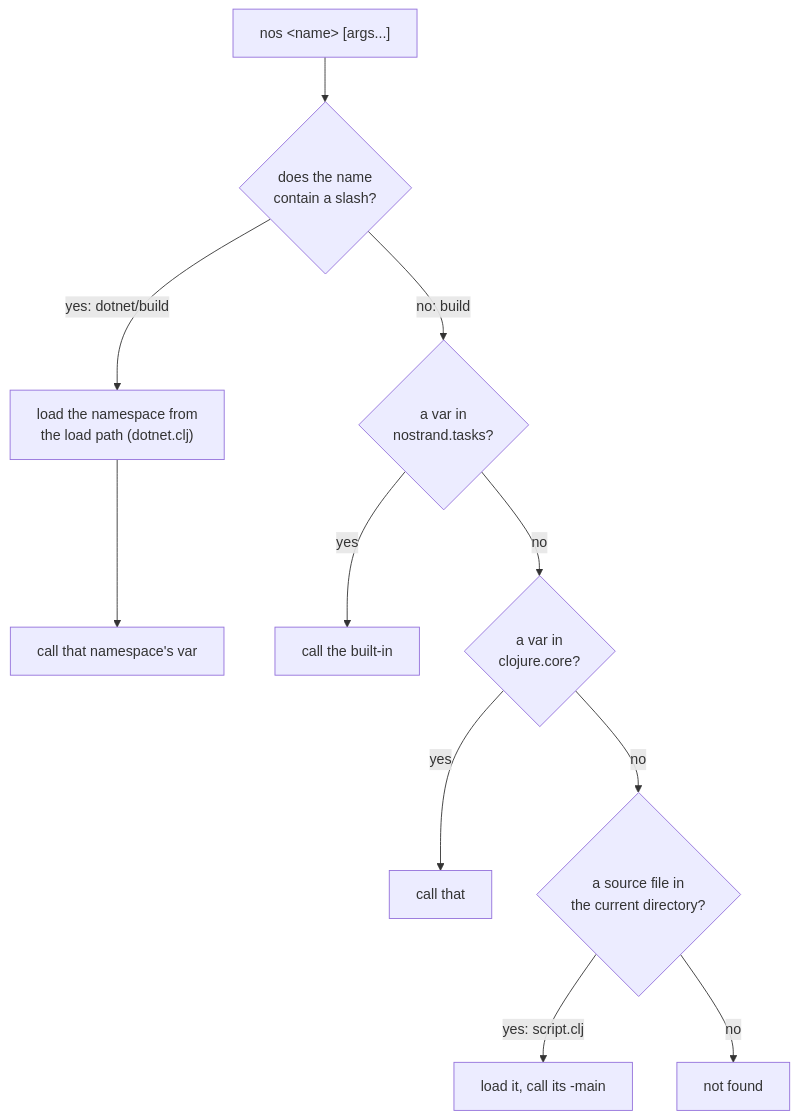
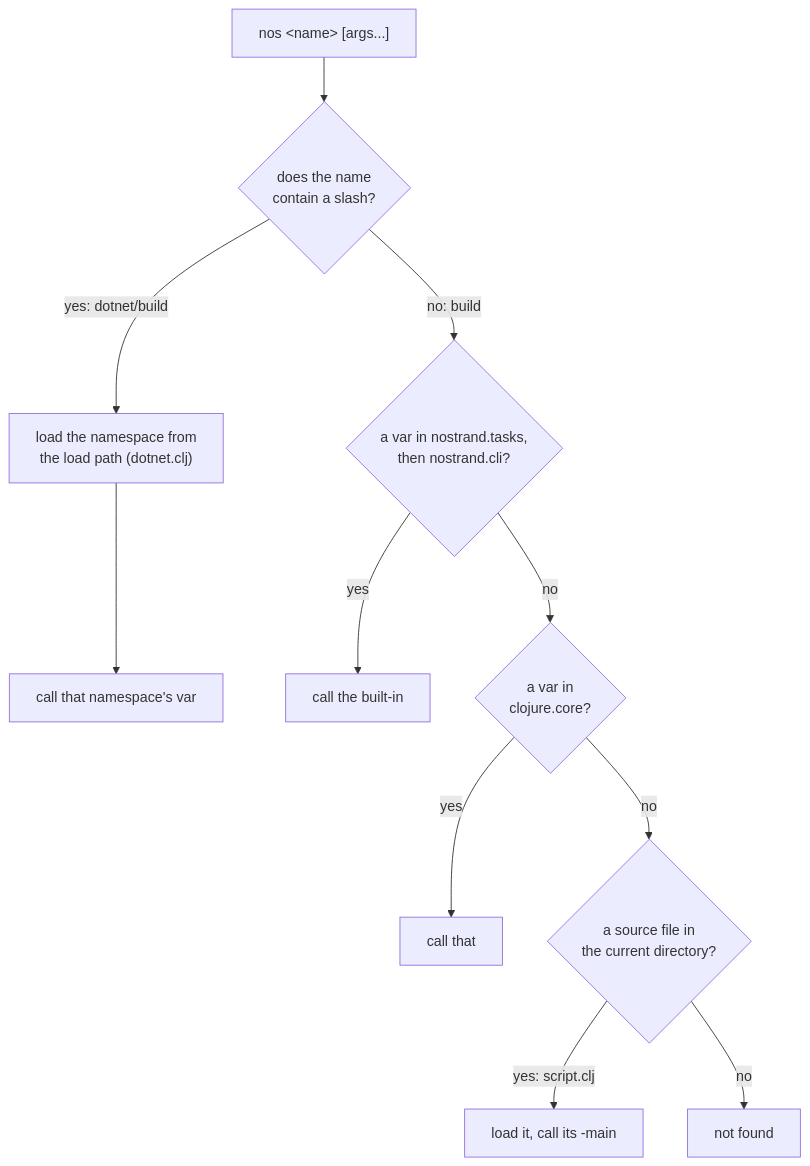
One commit to flybot-sg/magic changed the diagram in docs/nos-cli.md. Above: the diagram before and after it, drawn with Mermaid. The commit also changed 33 other files, not shown here.

First line of the commit message:
refactor(nostrand): split the engine out of the CLI into a Nostrand library (#185)

````diff
--- a/docs/nos-cli.md
+++ b/docs/nos-cli.md
@@ -11,13 +11,13 @@
 ```mermaid
 flowchart TD
     arg["nos &lt;name&gt; [args...]"] --> slash{"does the name<br/>contain a slash?"}
     slash -->|"yes: dotnet/build"| load["load the namespace from<br/>the load path (dotnet.clj)"]
     load --> v1["call that namespace's var"]
-    slash -->|"no: build"| bi{"a var in<br/>nostrand.tasks?"}
+    slash -->|"no: build"| bi{"a var in nostrand.tasks,<br/>then nostrand.cli?"}
     bi -->|yes| v2["call the built-in"]
     bi -->|no| core{"a var in<br/>clojure.core?"}
     core -->|yes| v3["call that"]
     core -->|no| file{"a source file in<br/>the current directory?"}
     file -->|"yes: script.clj"| v4["load it, call its -main"]
     file -->|no| fail["not found"]
 ```
````
